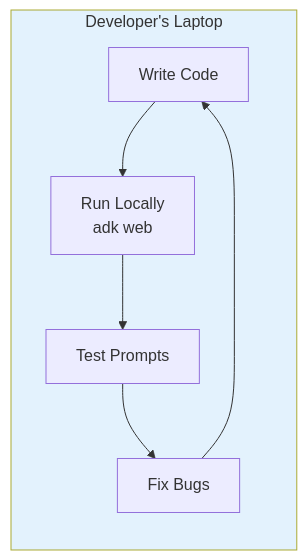
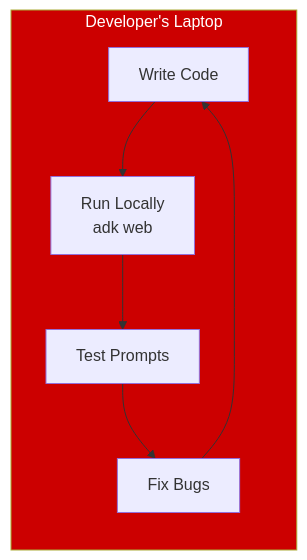
One commit to rrbanda/agent-sandbox-ocp changed the first of 3 diagrams in docs/concepts/inner-outer-loop.md. Above: the diagram before and after it, drawn with Mermaid. The commit also changed other lines of this file and 6 other files, not shown here.

First line of the commit message:
Update diagrams: correct layer ordering and Red Hat branding

````diff
--- a/docs/concepts/inner-outer-loop.md
+++ b/docs/concepts/inner-outer-loop.md
@@ -20,11 +20,11 @@
 ```mermaid
 flowchart LR
     subgraph laptop["Developer's Laptop"]
         A[Write Code] --> B[Run Locally<br/>adk web]
         B --> C[Test Prompts]
         C --> D[Fix Bugs]
         D --> A
     end
     
-    style laptop fill:#e3f2fd
+    style laptop fill:#CC0000,color:#FFFFFF
 ```
````
